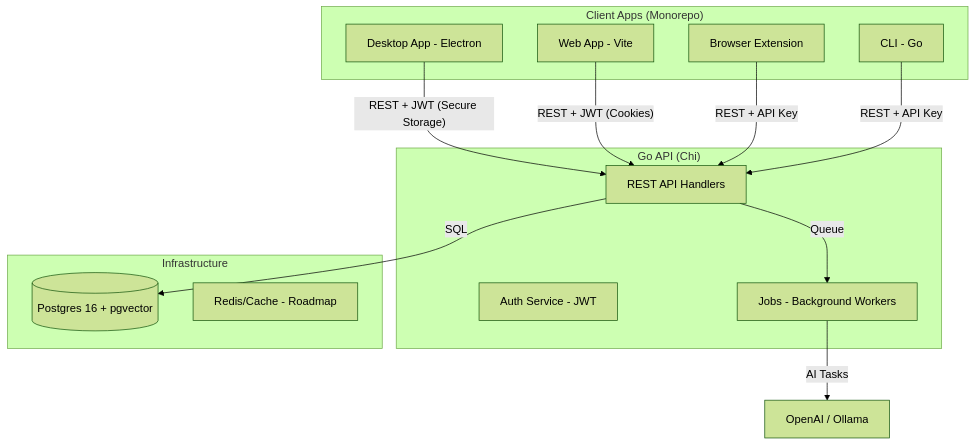
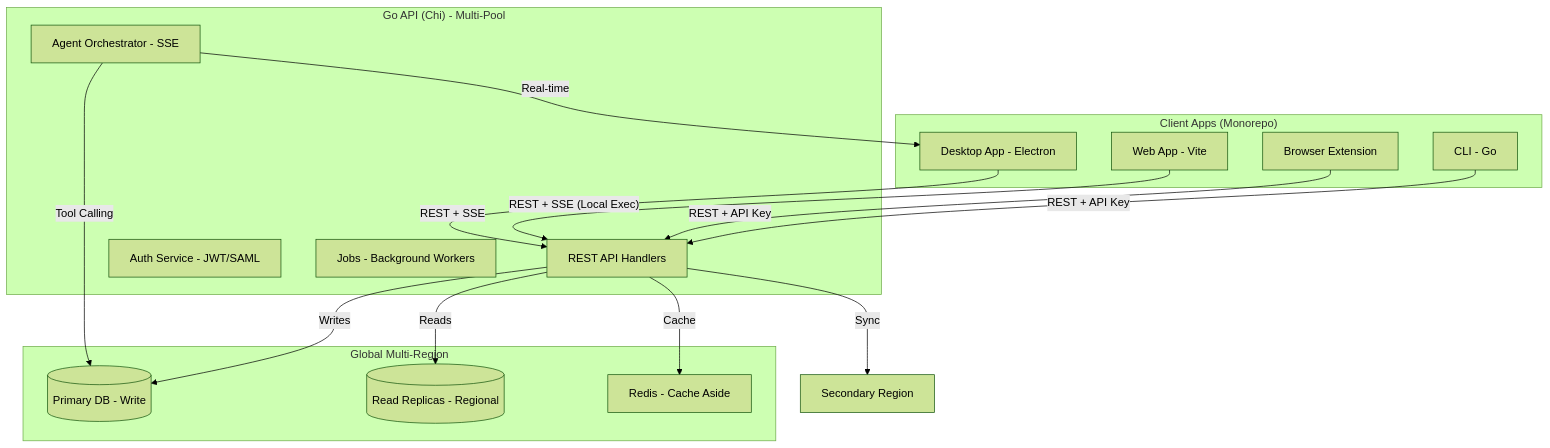
Before and after one commit to tiagofur/dev_deck: the diagram in docs/ARCHITECTURE.md, drawn with Mermaid (forest theme). The commit also changed other lines of this file and 113 other files, not shown here.

Commit message:
feat: implement AI agent architecture, onboarding flows, SCIM/SAML support, and replace legacy extension with standalone tooling

````diff
--- a/docs/ARCHITECTURE.md
+++ b/docs/ARCHITECTURE.md
@@ -11,29 +11,35 @@
 ```mermaid
 graph TD
     subgraph Client ["Client Apps (Monorepo)"]
         D[Desktop App - Electron]
         W[Web App - Vite]
         E[Browser Extension]
         C[CLI - Go]
     end
 
-    subgraph Backend ["Go API (Chi)"]
+    subgraph Backend ["Go API (Chi) - Multi-Pool"]
         G[REST API Handlers]
-        S[Auth Service - JWT]
+        S[Auth Service - JWT/SAML]
         J[Jobs - Background Workers]
+        A[Agent Orchestrator - SSE]
     end
 
-    subgraph Storage ["Infrastructure"]
-        P[(Postgres 16 + pgvector)]
-        R[Redis/Cache - Roadmap]
+    subgraph Infrastructure ["Global Multi-Region"]
+        RW[(Primary DB - Write)]
+        RO[(Read Replicas - Regional)]
+        RE[Redis - Cache Aside]
     end
 
-    D -- "REST + JWT (Secure Storage)" --> G
-    W -- "REST + JWT (Cookies)" --> G
+    D -- "REST + SSE (Local Exec)" --> G
+    W -- "REST + SSE" --> G
     E -- "REST + API Key" --> G
     C -- "REST + API Key" --> G
 
-    G -- SQL --> P
-    G -- Queue --> J
-    J -- AI Tasks --> OpenAI[OpenAI / Ollama]
+    G -- Writes --> RW
+    G -- Reads --> RO
+    G -- Cache --> RE
+    G -- Sync --> RegionB[Secondary Region]
+    
+    A -- Tool Calling --> RW
+    A -- Real-time --> D
 ```
````
